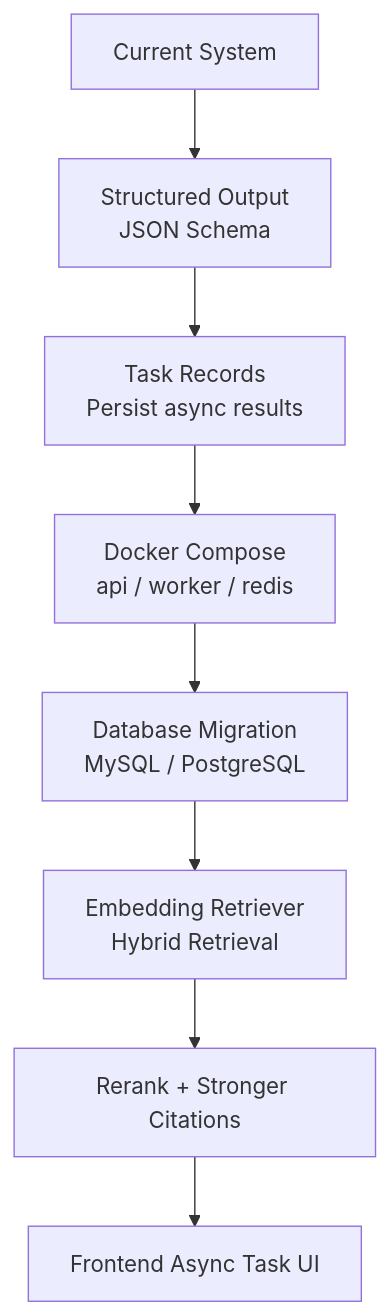
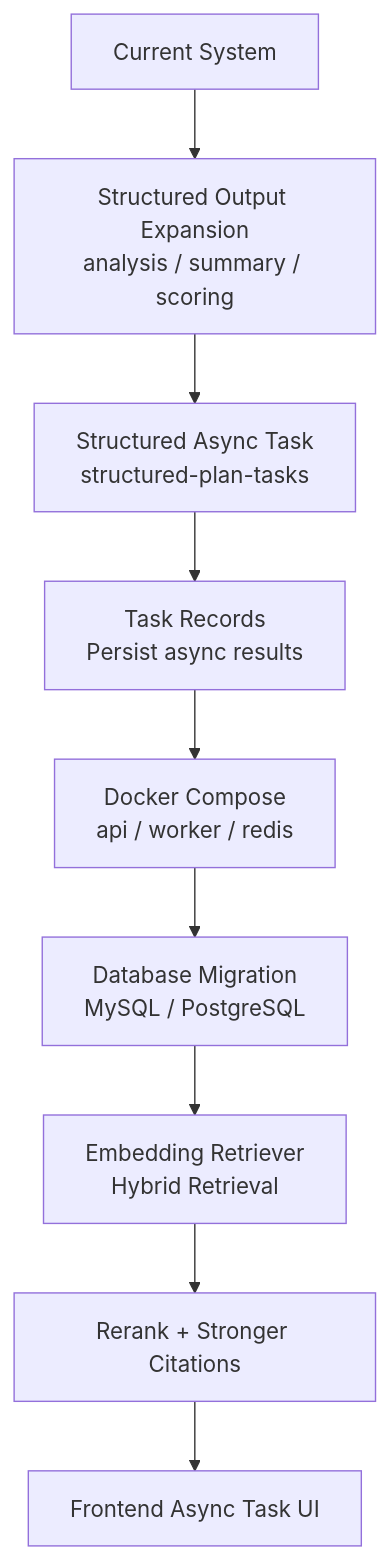
One commit to lingyu2023gla-star/interviewace changed the tenth of 10 diagrams in docs/architecture.md. Above: the diagram before and after it, drawn with Mermaid. The commit also changed other lines of this file and 13 other files, not shown here.

Commit message:
feat: add structured preparation plan output

````diff
--- a/docs/architecture.md
+++ b/docs/architecture.md
@@ -276,10 +318,11 @@
 ```mermaid
 flowchart TD
-    A["Current System"] --> B["Structured Output<br/>JSON Schema"]
-    B --> C["Task Records<br/>Persist async results"]
-    C --> D["Docker Compose<br/>api / worker / redis"]
-    D --> E["Database Migration<br/>MySQL / PostgreSQL"]
-    E --> F["Embedding Retriever<br/>Hybrid Retrieval"]
-    F --> G["Rerank + Stronger Citations"]
-    G --> H["Frontend Async Task UI"]
+    A["Current System"] --> B["Structured Output Expansion<br/>analysis / summary / scoring"]
+    B --> C["Structured Async Task<br/>structured-plan-tasks"]
+    C --> D["Task Records<br/>Persist async results"]
+    D --> E["Docker Compose<br/>api / worker / redis"]
+    E --> F["Database Migration<br/>MySQL / PostgreSQL"]
+    F --> G["Embedding Retriever<br/>Hybrid Retrieval"]
+    G --> H["Rerank + Stronger Citations"]
+    H --> I["Frontend Async Task UI"]
 ```
````
